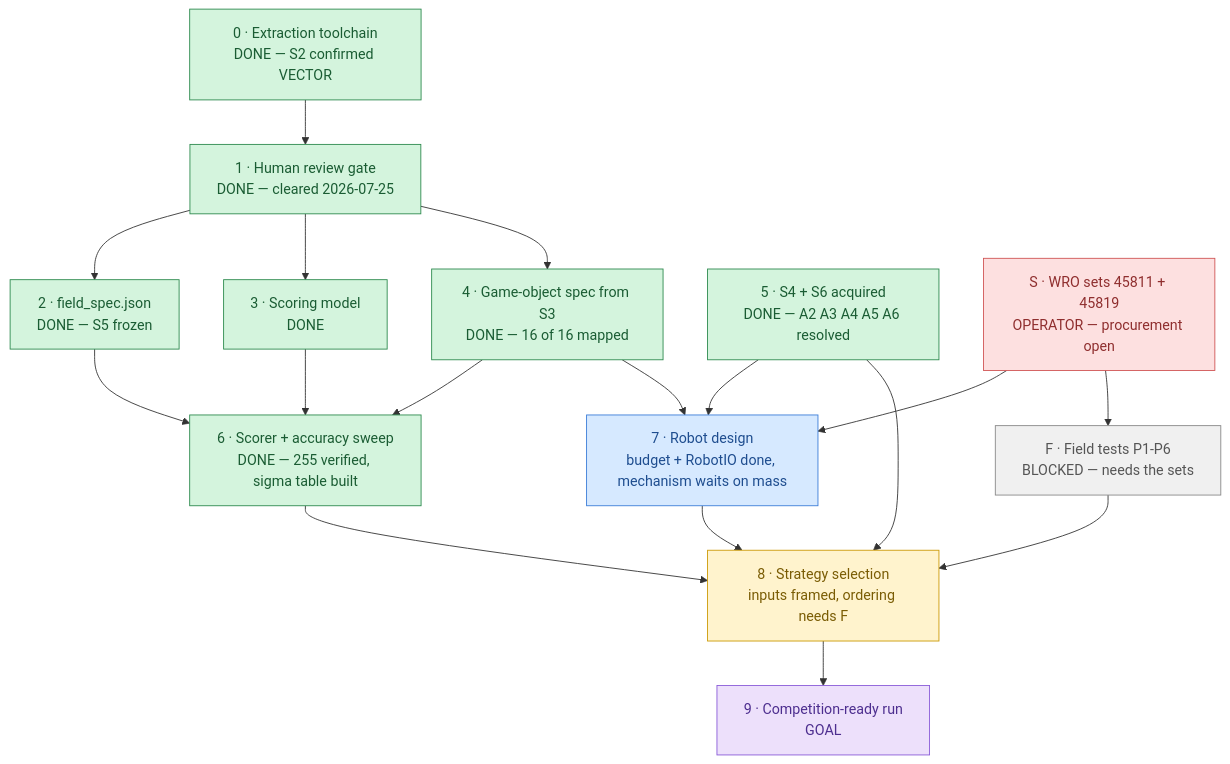
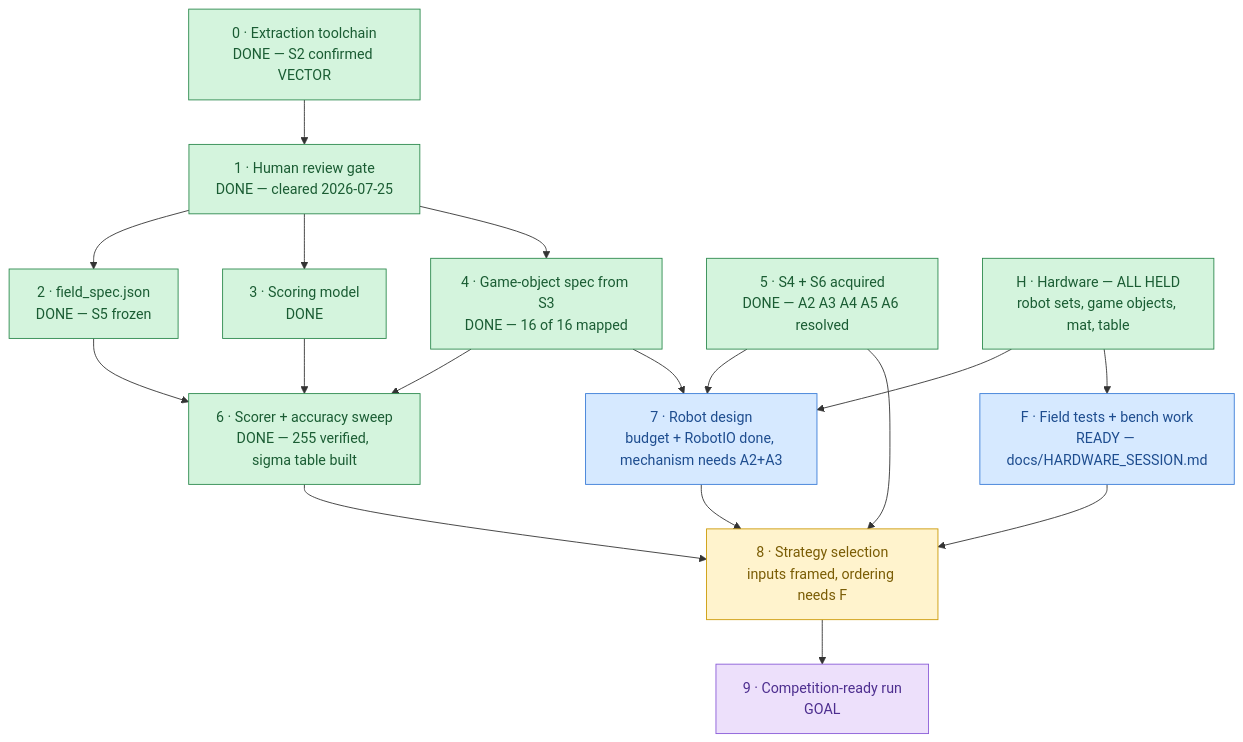
The diagram in docs/plans/ROADMAP.md (lumduan/wro-2026), drawn with Mermaid before and after one commit. The commit also changed other lines of this file and 8 other files, not shown here.

````diff
--- a/docs/plans/ROADMAP.md
+++ b/docs/plans/ROADMAP.md
@@ -7,33 +7,33 @@
 ```mermaid
 flowchart TD
     P0["0 · Extraction toolchain<br/>DONE — S2 confirmed VECTOR"] --> P1["1 · Human review gate<br/>DONE — cleared 2026-07-25"]
     P1 --> P2["2 · field_spec.json<br/>DONE — S5 frozen"]
     P1 --> P3["3 · Scoring model<br/>DONE"]
     P1 --> P4["4 · Game-object spec from S3<br/>DONE — 16 of 16 mapped"]
     P2 --> P6["6 · Scorer + accuracy sweep<br/>DONE — 255 verified, sigma table built"]
     P3 --> P6
     P4 --> P6
-    P5["5 · S4 + S6 acquired<br/>DONE — A2 A3 A4 A5 A6 resolved"] --> P7["7 · Robot design<br/>budget + RobotIO done, mechanism waits on mass"]
+    P5["5 · S4 + S6 acquired<br/>DONE — A2 A3 A4 A5 A6 resolved"] --> P7["7 · Robot design<br/>budget + RobotIO done, mechanism needs A2+A3"]
     P4 --> P7
-    SETS["S · WRO sets 45811 + 45819<br/>OPERATOR — procurement open"] --> P7
-    SETS --> FT["F · Field tests P1-P6<br/>BLOCKED — needs the sets"]
+    HW["H · Hardware — ALL HELD<br/>robot sets, game objects, mat, table"] --> P7
+    HW --> FT["F · Field tests + bench work<br/>READY — docs/HARDWARE_SESSION.md"]
     P6 --> P8["8 · Strategy selection<br/>inputs framed, ordering needs F"]
     P7 --> P8
     P5 --> P8
     FT --> P8
     P8 --> P9["9 · Competition-ready run<br/>GOAL"]
 
     classDef done     fill:#d4f4dd,stroke:#2d8a4e,color:#1a5c33
     classDef active   fill:#fff3cd,stroke:#cc9a06,color:#7a5c04
     classDef ready    fill:#d6e9ff,stroke:#3b7dd8,color:#1e4d8f
     classDef blocked  fill:#f0f0f0,stroke:#888,color:#555
     classDef decision fill:#fde0e0,stroke:#d05555,color:#8f2e2e
     classDef goal     fill:#ede0fb,stroke:#8a5cd8,color:#4d2e8f
 
     class P0,P1,P2,P3,P4,P5,P6 done
     class P7 ready
-    class SETS decision
+    class HW done
     class P8 active
-    class FT blocked
+    class FT ready
     class P9 goal
 ```
````
